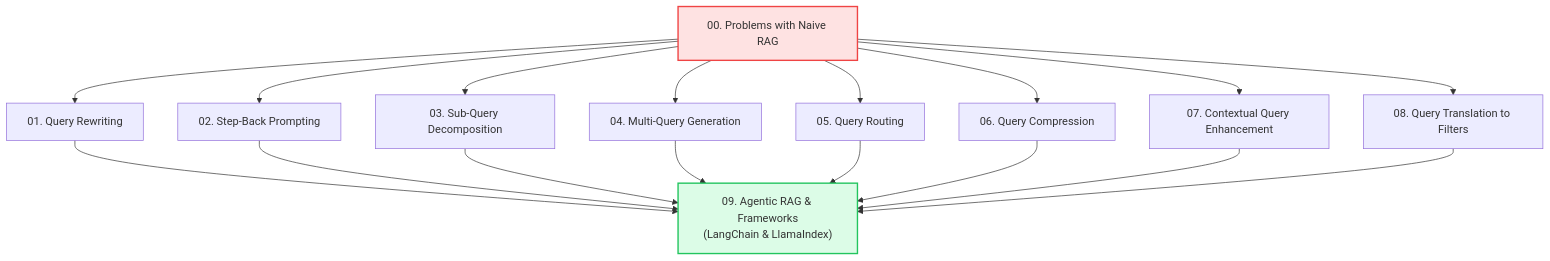
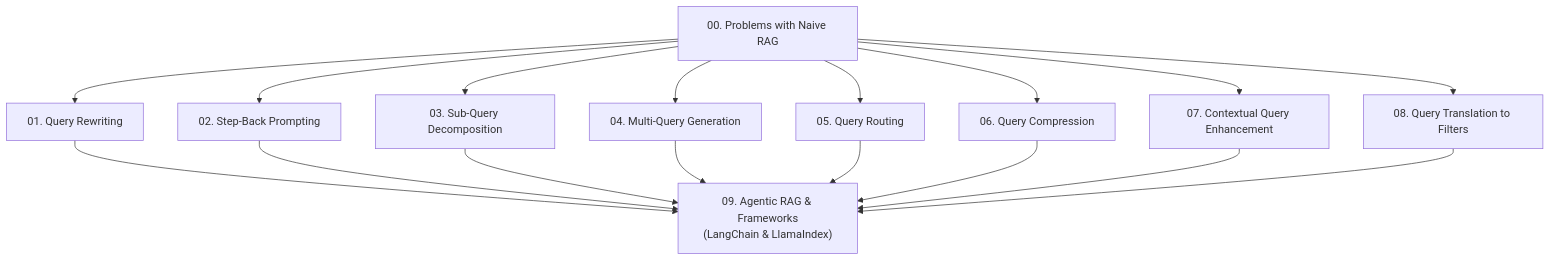
Before and after one commit to d-hackmt/query-transformations: the diagram in docs/README.md, drawn with Mermaid. The commit also changed 9 other files, not shown here.

Commit message:
style: remove hardcoded colors from all mermaid diagrams for clean native theme rendering

````diff
--- a/docs/README.md
+++ b/docs/README.md
@@ -9,16 +9,14 @@
 ```mermaid
 flowchart TD
     N["00. Problems with Naive RAG"] --> Q1["01. Query Rewriting"]
     N --> Q2["02. Step-Back Prompting"]
     N --> Q3["03. Sub-Query Decomposition"]
     N --> Q4["04. Multi-Query Generation"]
     N --> Q5["05. Query Routing"]
     N --> Q6["06. Query Compression"]
     N --> Q7["07. Contextual Query Enhancement"]
     N --> Q8["08. Query Translation to Filters"]
     
     Q1 & Q2 & Q3 & Q4 & Q5 & Q6 & Q7 & Q8 --> AG["09. Agentic RAG & Frameworks<br/>(LangChain & LlamaIndex)"]
     
-    style N fill:#fee2e2,stroke:#ef4444,stroke-width:2px
-    style AG fill:#dcfce7,stroke:#22c55e,stroke-width:2px
 ```
````
